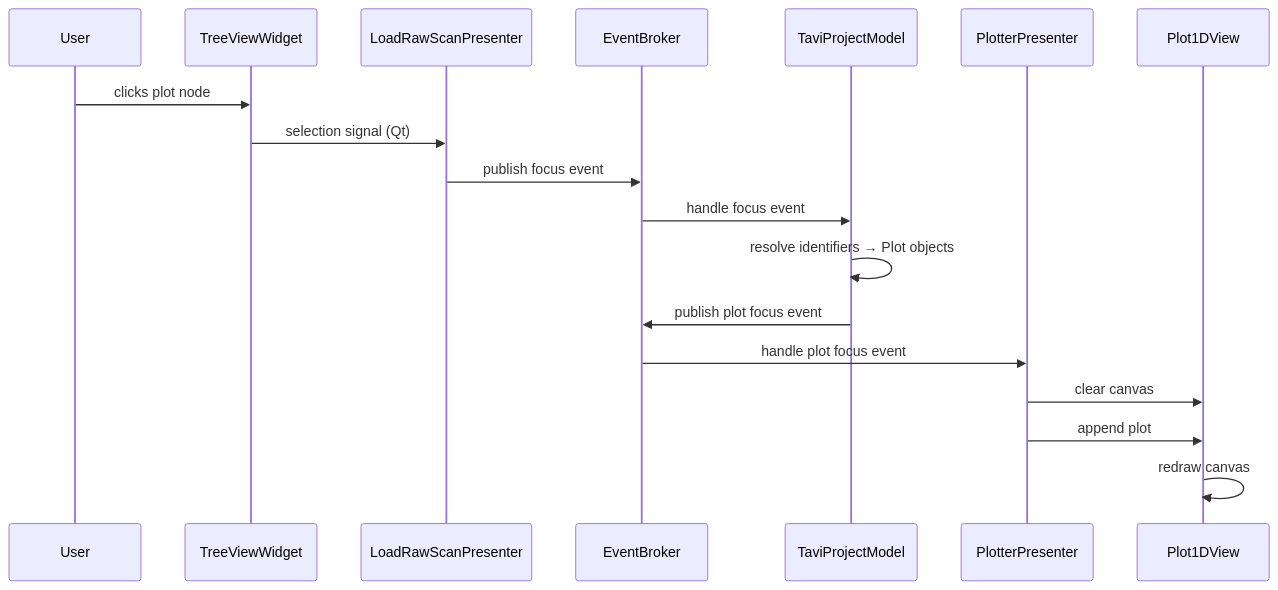
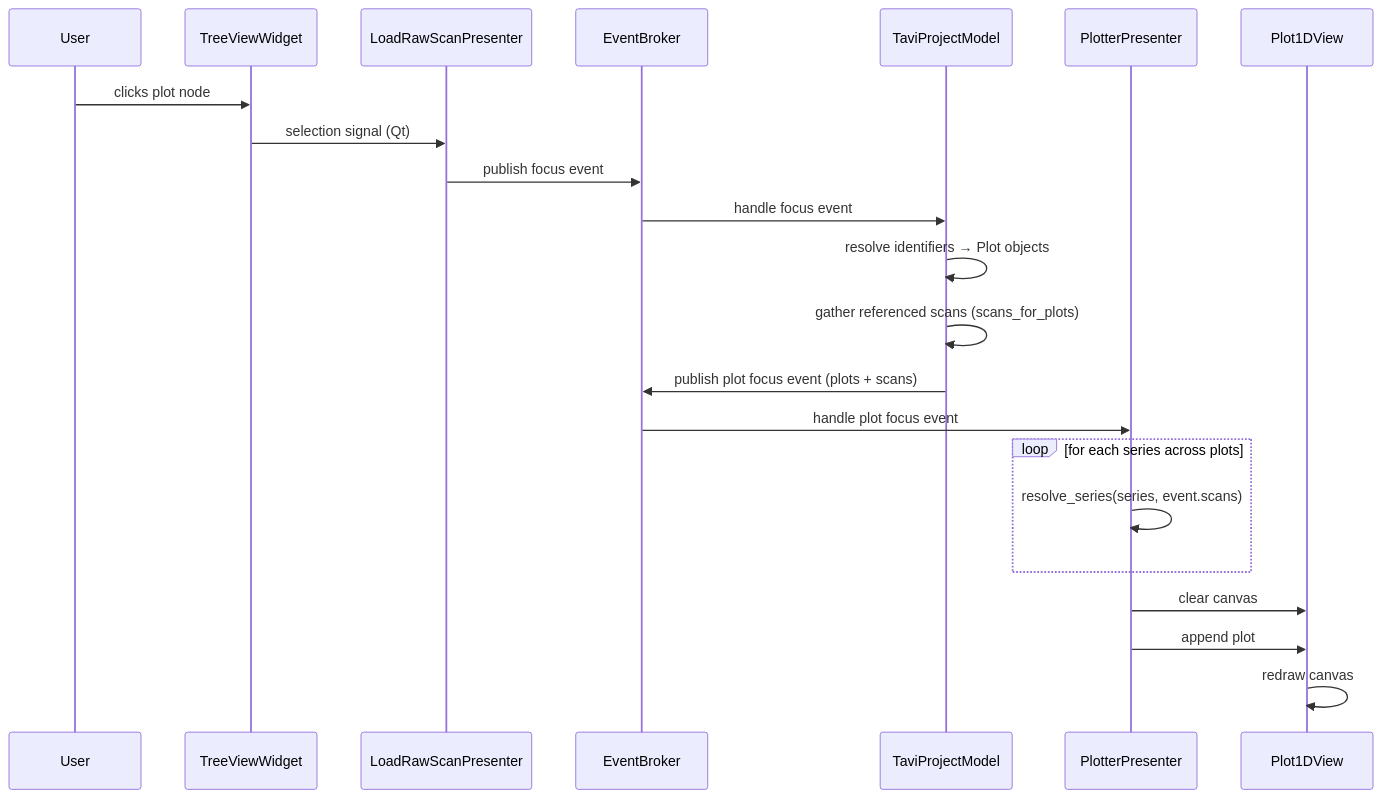
Before and after one commit to neutrons/TAVI: the second of 2 diagrams in docs/source/design/frontend/visualization_flow.rst, drawn with Mermaid. The commit also changed other lines of this file and 1 other file, not shown here.

```diff
--- a/docs/source/design/frontend/visualization_flow.rst
+++ b/docs/source/design/frontend/visualization_flow.rst
@@ -79,23 +91,27 @@
 .. mermaid::
 
     sequenceDiagram
         participant User
         participant TreeViewWidget
         participant LoadRawScanPresenter
         participant EventBroker
         participant TaviProjectModel
         participant PlotterPresenter
         participant Plot1DView
 
         User ->> TreeViewWidget: clicks plot node
         TreeViewWidget ->> LoadRawScanPresenter: selection signal (Qt)
         LoadRawScanPresenter ->> EventBroker: publish focus event
 
         EventBroker ->> TaviProjectModel: handle focus event
         TaviProjectModel ->> TaviProjectModel: resolve identifiers → Plot objects
-        TaviProjectModel ->> EventBroker: publish plot focus event
+        TaviProjectModel ->> TaviProjectModel: gather referenced scans (scans_for_plots)
+        TaviProjectModel ->> EventBroker: publish plot focus event (plots + scans)
 
         EventBroker ->> PlotterPresenter: handle plot focus event
+        loop for each series across plots
+            PlotterPresenter ->> PlotterPresenter: resolve_series(series, event.scans)
+        end
         PlotterPresenter ->> Plot1DView: clear canvas
         PlotterPresenter ->> Plot1DView: append plot
         Plot1DView ->> Plot1DView: redraw canvas
```
